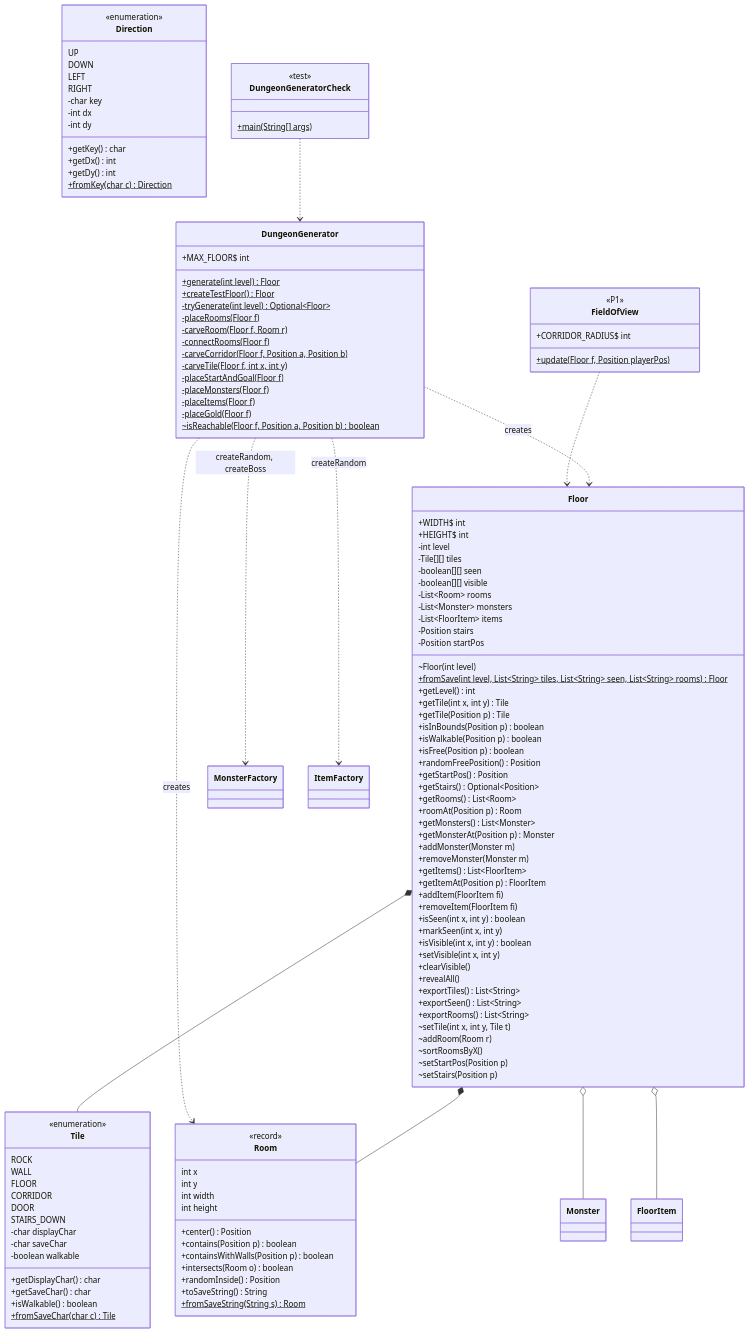
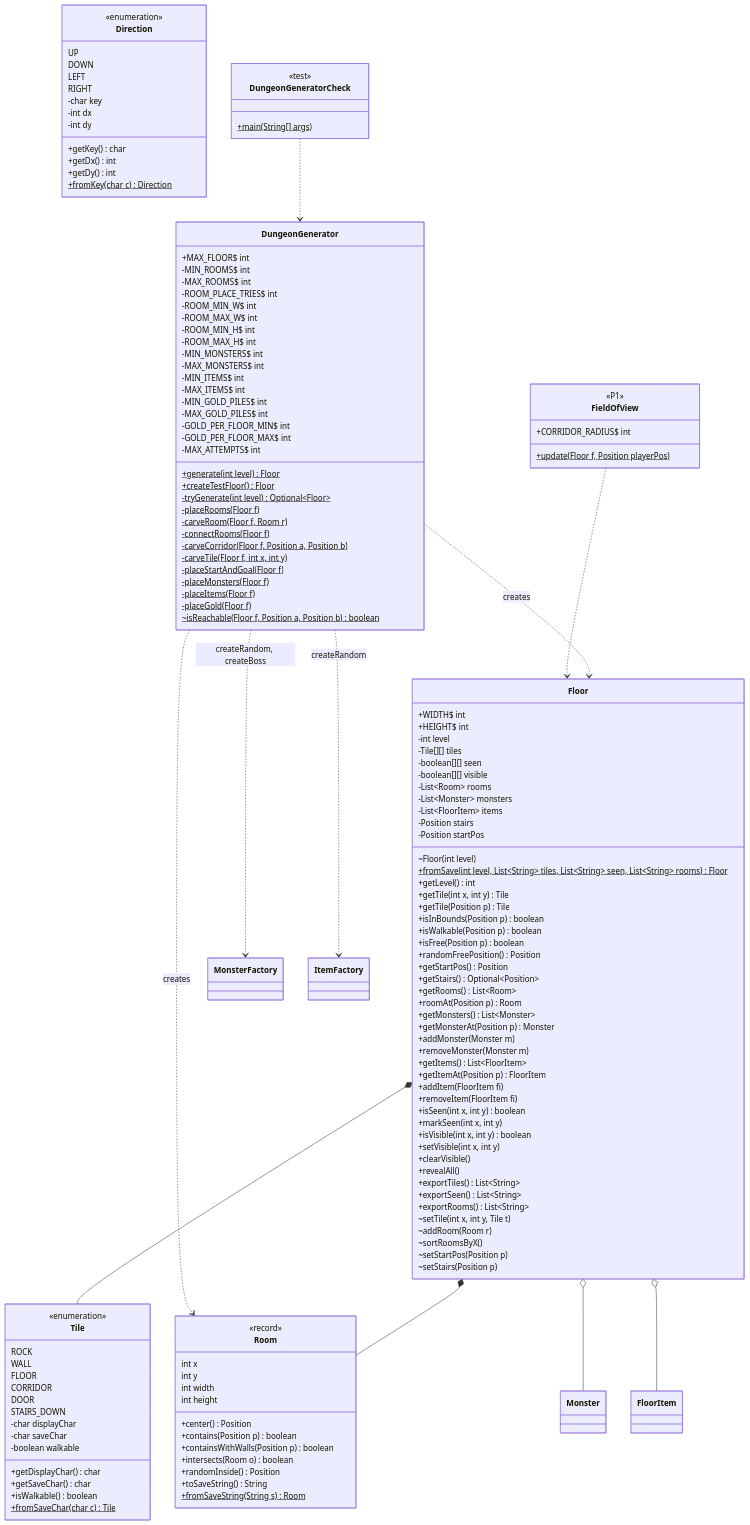
Before and after one commit to likelion-boot-camp-28th/side-project01-team01: the fifth of 9 diagrams in docs/Class-Diagram.md, drawn with Mermaid. The commit also changed other lines of this file, not shown here.

Commit message:
docs: 클래스 다이어그램 DungeonGenerator에 생성 상수 표시

```diff
--- a/docs/Class-Diagram.md
+++ b/docs/Class-Diagram.md
@@ -519,6 +519,22 @@
     }
     class DungeonGenerator {
         +MAX_FLOOR$ int
+        -MIN_ROOMS$ int
+        -MAX_ROOMS$ int
+        -ROOM_PLACE_TRIES$ int
+        -ROOM_MIN_W$ int
+        -ROOM_MAX_W$ int
+        -ROOM_MIN_H$ int
+        -ROOM_MAX_H$ int
+        -MIN_MONSTERS$ int
+        -MAX_MONSTERS$ int
+        -MIN_ITEMS$ int
+        -MAX_ITEMS$ int
+        -MIN_GOLD_PILES$ int
+        -MAX_GOLD_PILES$ int
+        -GOLD_PER_FLOOR_MIN$ int
+        -GOLD_PER_FLOOR_MAX$ int
+        -MAX_ATTEMPTS$ int
         +generate(int level)$ Floor
         +createTestFloor()$ Floor
         -tryGenerate(int level)$ Optional~Floor~
```
